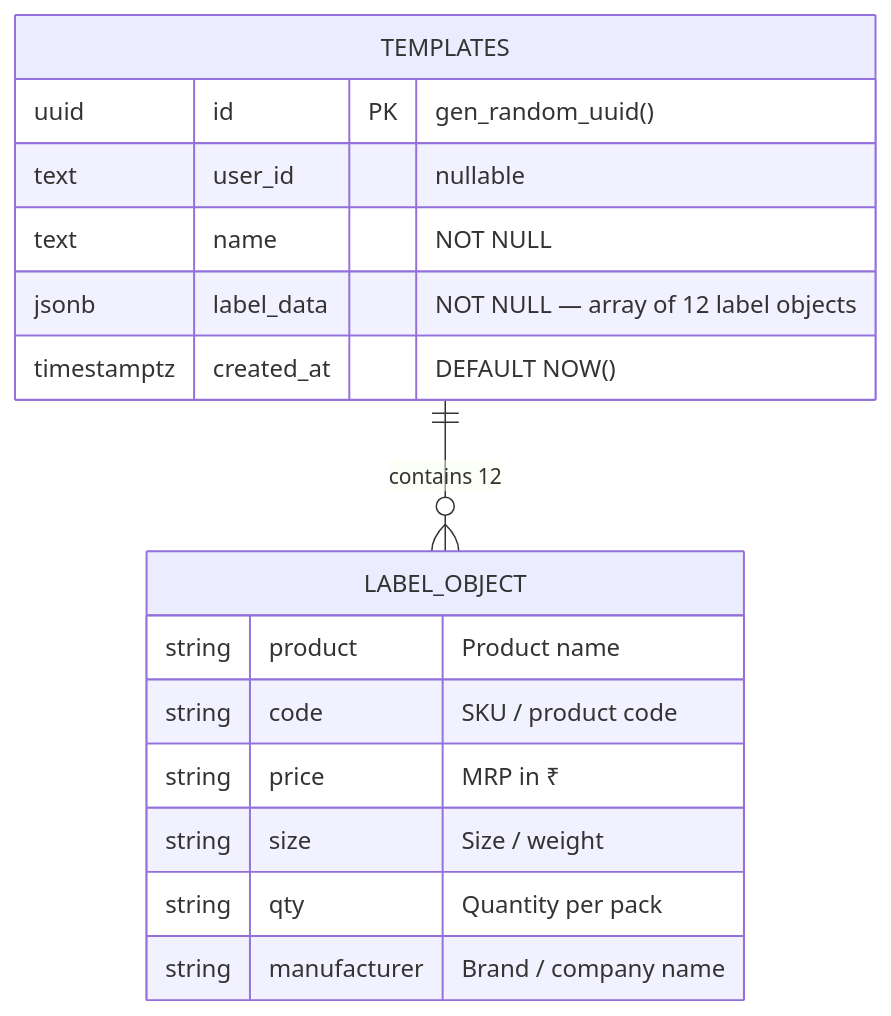
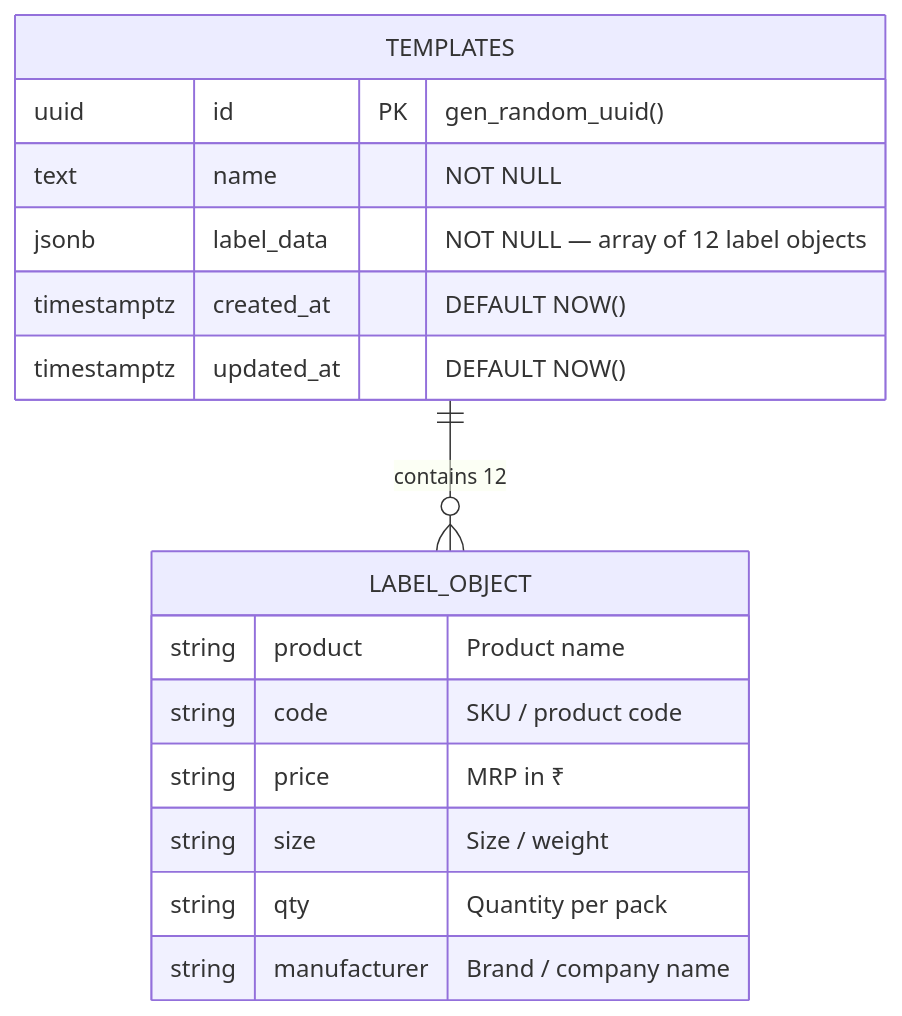
Before and after one commit to NICK-FURY-6023/printer-image-generator: the fifth of 5 diagrams in README.md, drawn with Mermaid. The commit also changed other lines of this file and 6 other files, not shown here.

````diff
--- a/README.md
+++ b/README.md
@@ -439,21 +449,21 @@
 ```mermaid
 erDiagram
     TEMPLATES {
         uuid id PK "gen_random_uuid()"
-        text user_id "nullable"
         text name "NOT NULL"
         jsonb label_data "NOT NULL — array of 12 label objects"
         timestamptz created_at "DEFAULT NOW()"
+        timestamptz updated_at "DEFAULT NOW()"
     }
 
     LABEL_OBJECT {
         string product "Product name"
         string code "SKU / product code"
         string price "MRP in ₹"
         string size "Size / weight"
         string qty "Quantity per pack"
         string manufacturer "Brand / company name"
     }
 
     TEMPLATES ||--o{ LABEL_OBJECT : "contains 12"
 ```
````
